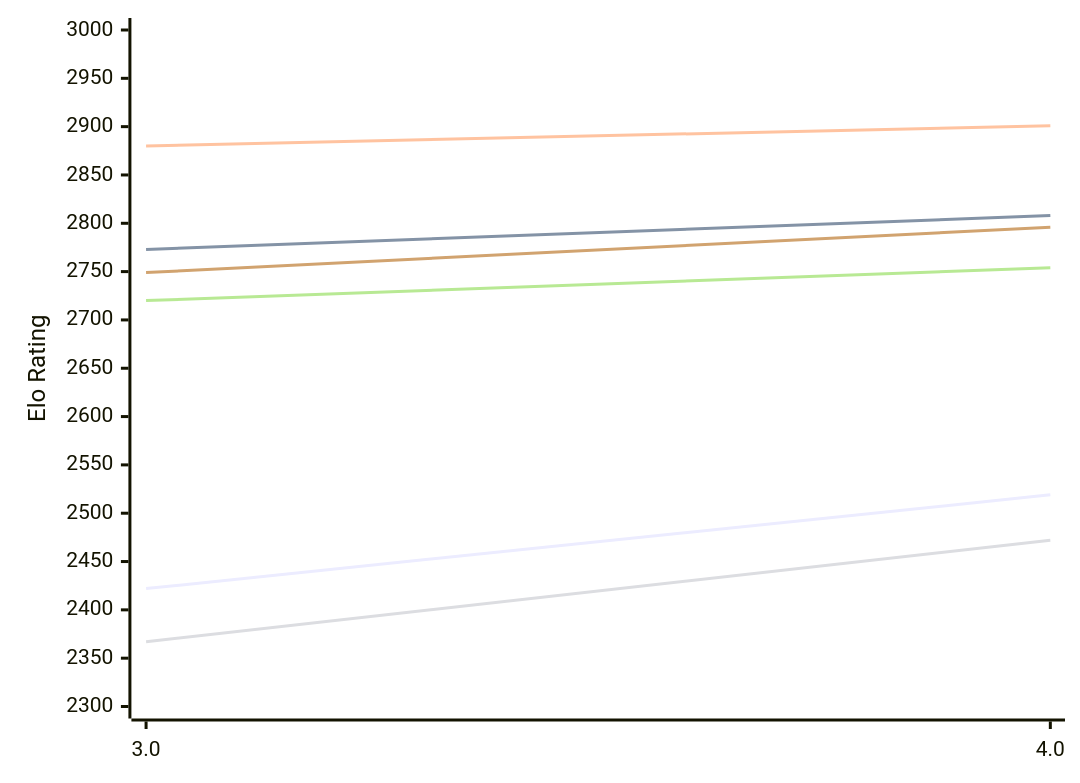
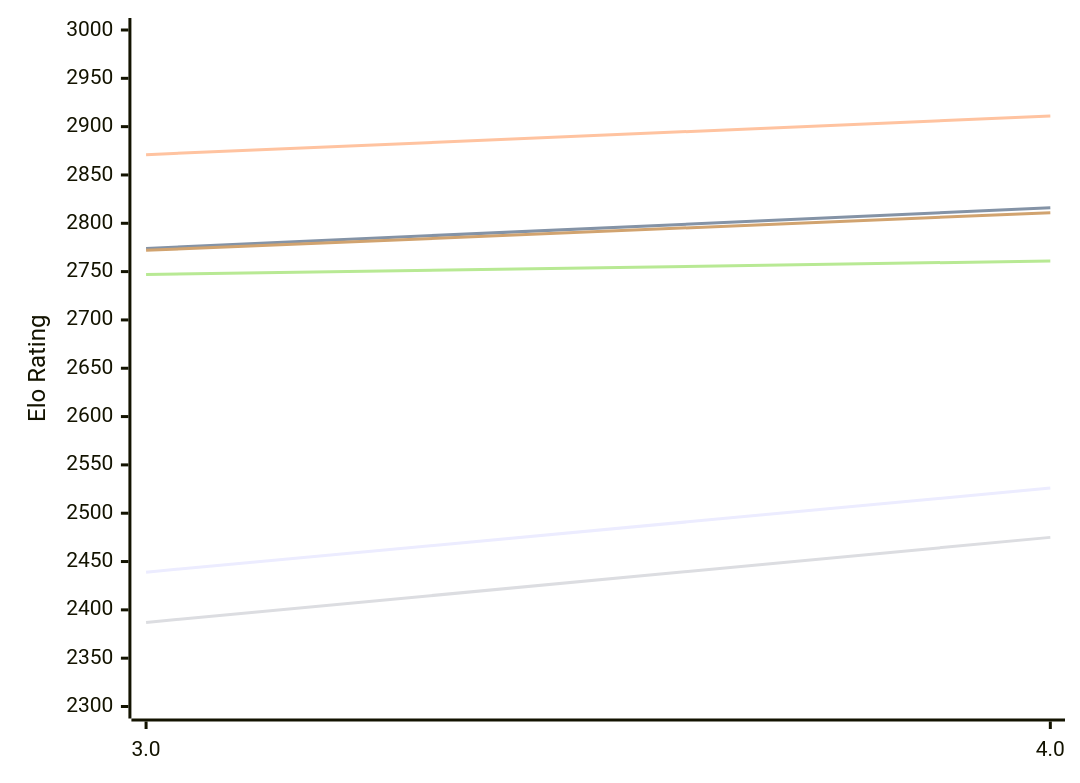
The first of 2 diagrams in engines/Chess3.md (computer-chess-index/cci), drawn with Mermaid before and after one commit. The commit also changed other lines of this file, not shown here.

Commit message:
Update CCI Ratings (ELO VLTC) - 2026-11-16

````diff
--- a/engines/Chess3.md
+++ b/engines/Chess3.md
@@ -50,12 +50,12 @@
 ```mermaid
 %%{init: {"theme":"base","themeVariables":{"seriesColors:['#a3a3a3','#222221','#faa371']}}}%%
 xychart-beta
   x-axis ["3.0", "4.0"]
   y-axis "Elo Rating" 2300 --> 3000
-  line "E1: STC (8.0+0.08s)" [2422, 2519]
-  line "E1: LTC (60.0+0.60s)" [2773, 2808]
-  line "E1: VLTC (2m24s+1.12s)" [2880, 2901]
-  line "P1: STC (8.0+0.08s)" [2367, 2472]
-  line "P1: LTC (60.0+0.60s)" [2720, 2754]
-  line "P1: VLTC (2m24s+1.12s)" [2749, 2796]
+  line "E1: STC (8.0+0.08s)" [2439, 2526]
+  line "E1: LTC (60.0+0.60s)" [2774, 2816]
+  line "E1: VLTC (2m24s+1.12s)" [2871, 2911]
+  line "P1: STC (8.0+0.08s)" [2387, 2475]
+  line "P1: LTC (60.0+0.60s)" [2747, 2761]
+  line "P1: VLTC (2m24s+1.12s)" [2772, 2811]
 ```
````
